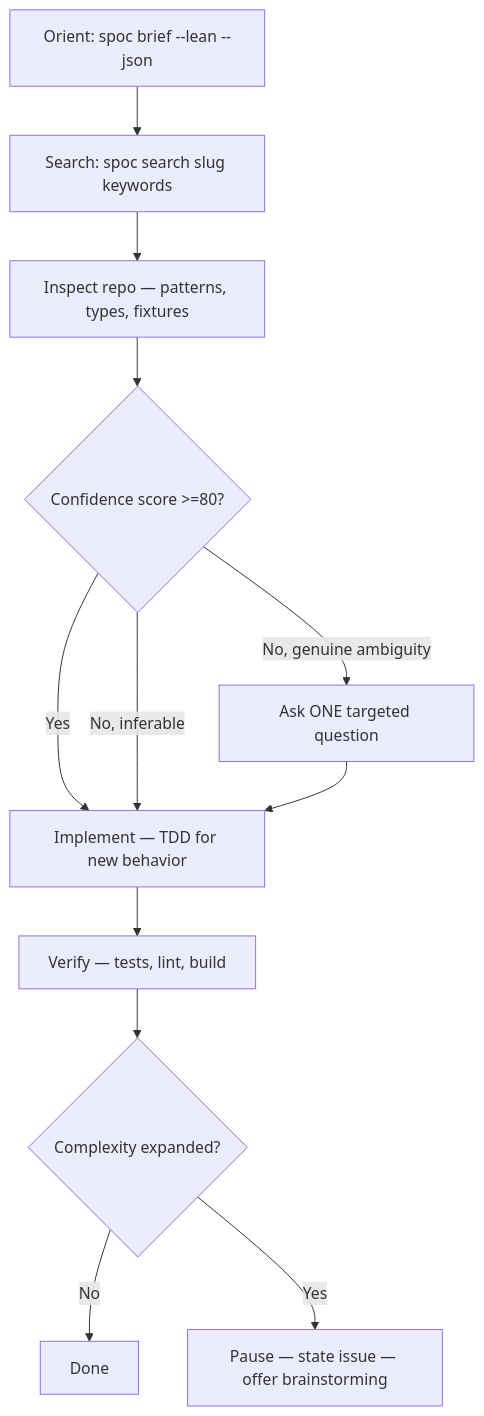
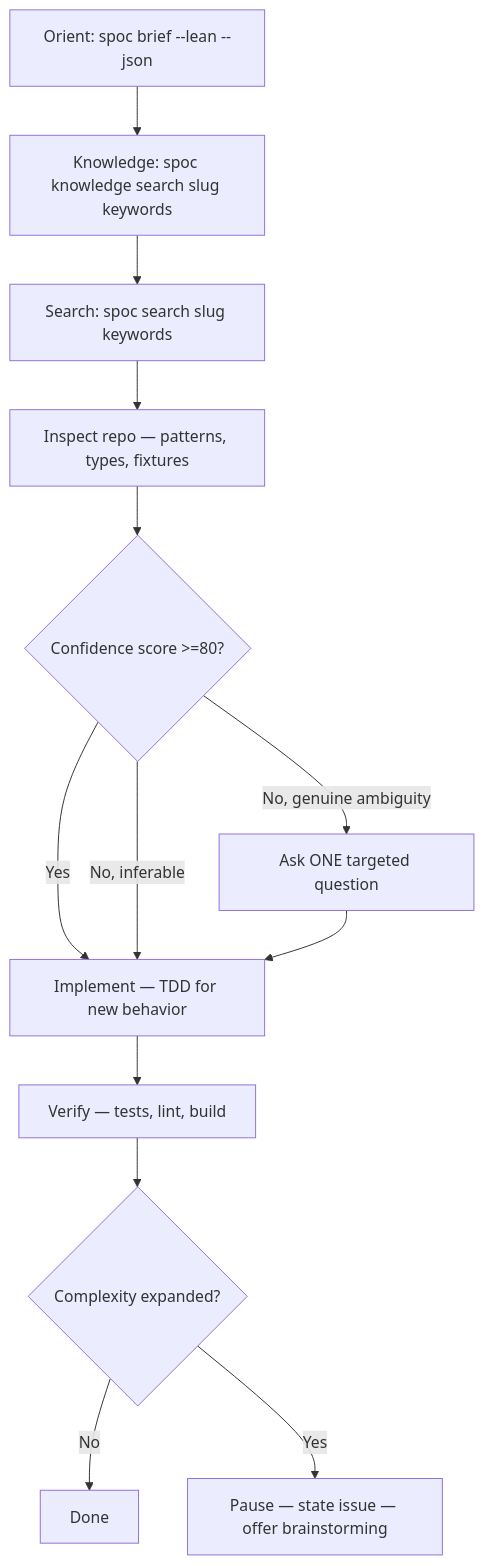
One commit to rryando/SPOC changed the diagram in opencode/spoc/skills/code-agent/SKILL.md. Above: the diagram before and after it, drawn with Mermaid. The commit also changed other lines of this file and 28 other files, not shown here.

````diff
--- a/opencode/spoc/skills/code-agent/SKILL.md
+++ b/opencode/spoc/skills/code-agent/SKILL.md
@@ -14,14 +14,15 @@
 ```mermaid
 flowchart TD
-    A[Orient: spoc brief --lean --json] --> B[Search: spoc search slug keywords]
+    A[Orient: spoc brief --lean --json] --> K[Knowledge: spoc knowledge search slug keywords]
+    K --> B[Search: spoc search slug keywords]
     B --> C[Inspect repo — patterns, types, fixtures]
     C --> D{Confidence score >=80?}
     D -->|Yes| E[Implement — TDD for new behavior]
     D -->|No, inferable| E
     D -->|No, genuine ambiguity| F[Ask ONE targeted question]
     F --> E
     E --> G[Verify — tests, lint, build]
     G --> H{Complexity expanded?}
     H -->|No| I[Done]
     H -->|Yes| J[Pause — state issue — offer brainstorming]
 ```
````
